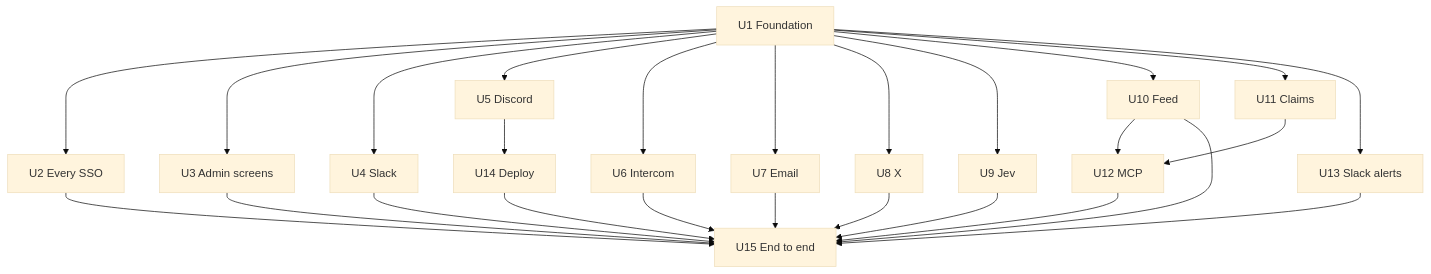
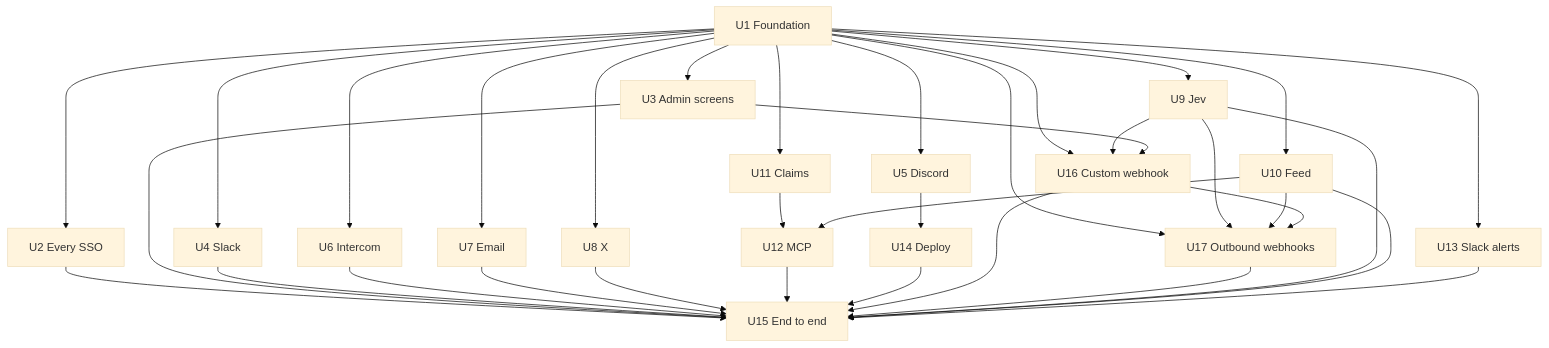
The fifth of 5 diagrams in docs/plans/2026-09-24-001-feat-happyhappy-sentiment-feed-plan.md (kieranklaassen/happyhappy), drawn with Mermaid (base theme) before and after one commit. The commit also changed other lines of this file, not shown here.

First line of the commit message:
Add custom inbound and outbound webhooks (U16, U17) to the plan (#25)

````diff
--- a/docs/plans/2026-09-24-001-feat-happyhappy-sentiment-feed-plan.md
+++ b/docs/plans/2026-09-24-001-feat-happyhappy-sentiment-feed-plan.md
@@ -360,28 +373,37 @@
 ```mermaid
 flowchart TB
   U1[U1 Foundation] --> U2[U2 Every SSO]
   U1 --> U3[U3 Admin screens]
   U1 --> U4[U4 Slack]
   U1 --> U5[U5 Discord]
   U1 --> U6[U6 Intercom]
   U1 --> U7[U7 Email]
   U1 --> U8[U8 X]
   U1 --> U9[U9 Jev]
   U1 --> U10[U10 Feed]
   U1 --> U11[U11 Claims]
   U1 --> U13[U13 Slack alerts]
   U11 --> U12[U12 MCP]
   U10 --> U12
   U5 --> U14[U14 Deploy]
   U2 --> U15[U15 End to end]
   U3 --> U15
   U4 --> U15
   U6 --> U15
   U7 --> U15
   U8 --> U15
   U12 --> U15
   U14 --> U15
+  U1 --> U16[U16 Custom webhook]
+  U9 --> U16
+  U3 --> U16
+  U1 --> U17[U17 Outbound webhooks]
+  U9 --> U17
+  U10 --> U17
+  U16 --> U17
+  U16 --> U15
+  U17 --> U15
   U9 --> U15
   U10 --> U15
   U13 --> U15
 ```
````
